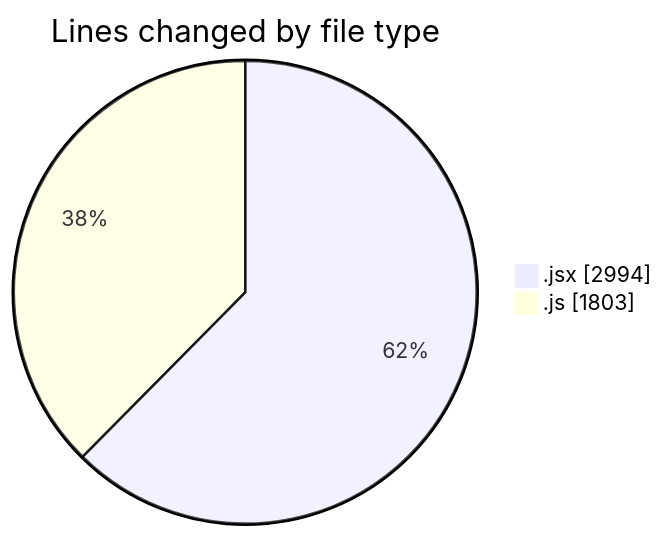
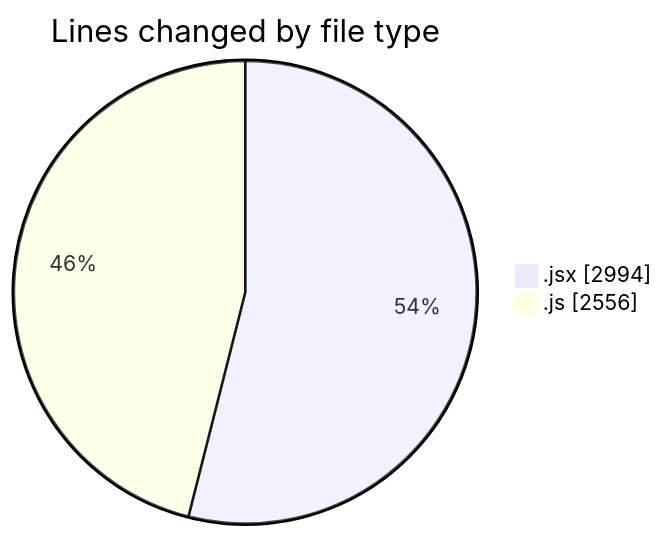
Before and after one commit to nxtqubesakshisongat/code-tracking: the first of 2 diagrams in 2025-07-19/nxtqube_webapp/README.md, drawn with Mermaid. The commit also changed other lines of this file and 1 other file, not shown here.

````diff
--- a/2025-07-19/nxtqube_webapp/README.md
+++ b/2025-07-19/nxtqube_webapp/README.md
@@ -30,6 +30,6 @@
 ```mermaid
 pie showData
 title Lines changed by file type
 ".jsx" : 2994
-".js" : 1803
+".js" : 2556
 ```
````
